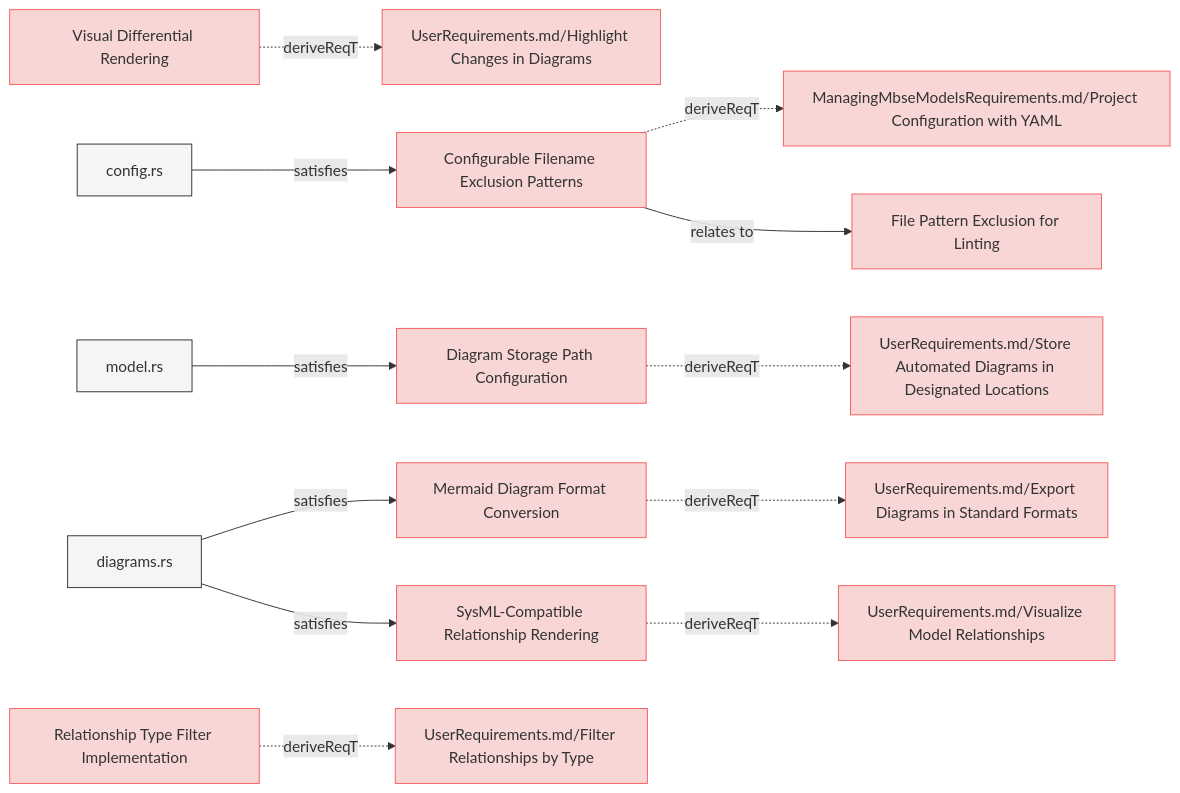
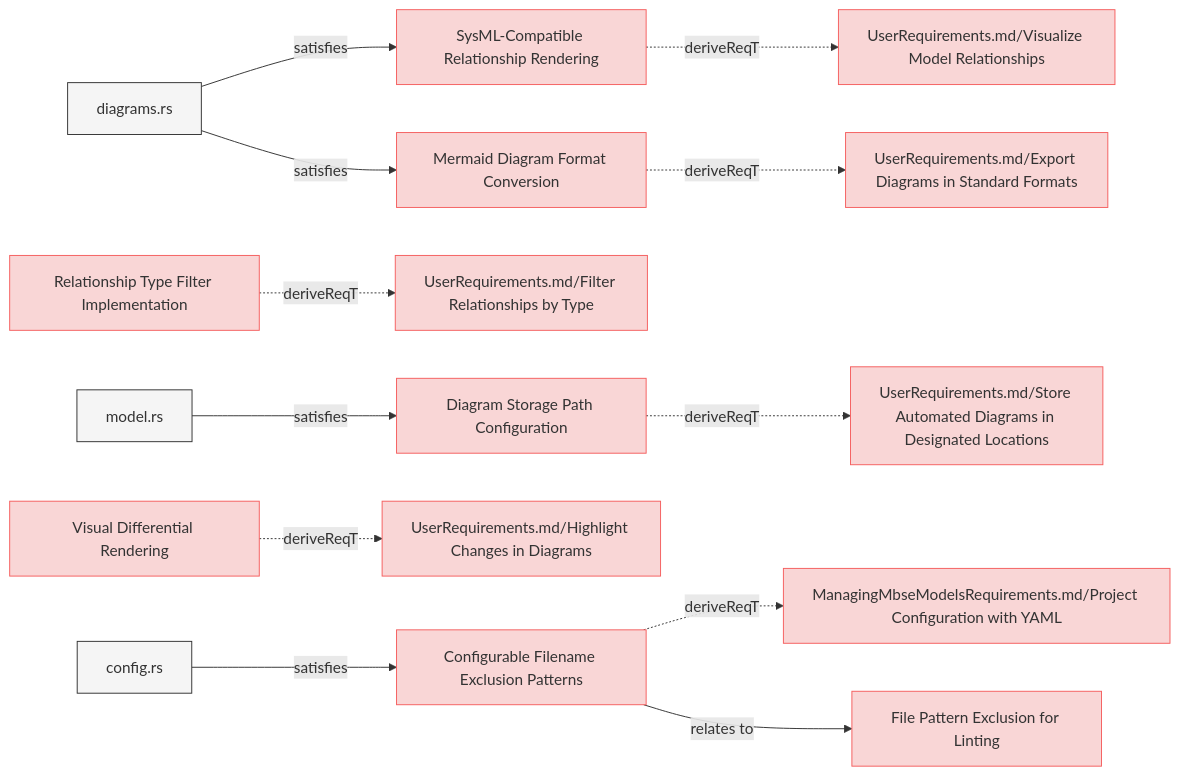
One commit to reqvire-org/reqvire changed the fifth of 8 diagrams in specifications/SystemRequirements/Requirements.md. Above: the diagram before and after it, drawn with Mermaid. The commit also changed other lines of this file and 7 other files, not shown here.

Commit message:
Updated diagrams.

````diff
--- a/specifications/SystemRequirements/Requirements.md
+++ b/specifications/SystemRequirements/Requirements.md
@@ -569,68 +569,68 @@
 ```mermaid
 graph LR;
   %% Graph styling
   classDef requirement fill:#f9d6d6,stroke:#f55f5f,stroke-width:1px;
   classDef verification fill:#d6f9d6,stroke:#5fd75f,stroke-width:1px;
   classDef externalLink fill:#d0e0ff,stroke:#3080ff,stroke-width:1px;
   classDef default fill:#f5f5f5,stroke:#333333,stroke-width:1px;
 
+  c826c1ee7c["SysML-Compatible Relationship Rendering"];
+  click c826c1ee7c "Requirements.md#sysml-compatible-relationship-rendering";
+  class c826c1ee7c requirement;
+  a6a8362836["UserRequirements.md/Visualize Model Relationships"];
+  class a6a8362836 requirement;
+  click a6a8362836 "../UserRequirements.md#visualize-model-relationships";
+  c826c1ee7c -.->|deriveReqT| a6a8362836;
+  d4240e2969["diagrams.rs"];
+  class d4240e2969 default;
+  click d4240e2969 "../../core/src/diagrams.rs";
+  d4240e2969 -->|satisfies| c826c1ee7c;
+  1414e7f889["Relationship Type Filter Implementation"];
+  click 1414e7f889 "Requirements.md#relationship-type-filter-implementation";
+  class 1414e7f889 requirement;
+  30d97803eb["UserRequirements.md/Filter Relationships by Type"];
+  class 30d97803eb requirement;
+  click 30d97803eb "../UserRequirements.md#filter-relationships-by-type";
+  1414e7f889 -.->|deriveReqT| 30d97803eb;
+  191d27287e["Diagram Storage Path Configuration"];
+  click 191d27287e "Requirements.md#diagram-storage-path-configuration";
+  class 191d27287e requirement;
+  aee397f35b["UserRequirements.md/Store Automated Diagrams in Designated Locations"];
+  class aee397f35b requirement;
+  click aee397f35b "../UserRequirements.md#store-automated-diagrams-in-designated-locations";
+  191d27287e -.->|deriveReqT| aee397f35b;
+  6136c216c9["model.rs"];
+  class 6136c216c9 default;
+  click 6136c216c9 "../../core/src/model.rs";
+  6136c216c9 -->|satisfies| 191d27287e;
+  a7ec66314a["Mermaid Diagram Format Conversion"];
+  click a7ec66314a "Requirements.md#mermaid-diagram-format-conversion";
+  class a7ec66314a requirement;
+  10c00a1bd1["UserRequirements.md/Export Diagrams in Standard Formats"];
+  class 10c00a1bd1 requirement;
+  click 10c00a1bd1 "../UserRequirements.md#export-diagrams-in-standard-formats";
+  a7ec66314a -.->|deriveReqT| 10c00a1bd1;
+  d4240e2969 -->|satisfies| a7ec66314a;
   9860815d52["Visual Differential Rendering"];
   click 9860815d52 "Requirements.md#visual-differential-rendering";
   class 9860815d52 requirement;
   fd7388e379["UserRequirements.md/Highlight Changes in Diagrams"];
   class fd7388e379 requirement;
   click fd7388e379 "../UserRequirements.md#highlight-changes-in-diagrams";
   9860815d52 -.->|deriveReqT| fd7388e379;
   cc8128cae3["Configurable Filename Exclusion Patterns"];
   click cc8128cae3 "Requirements.md#configurable-filename-exclusion-patterns";
   class cc8128cae3 requirement;
   ce24dbacb9["ManagingMbseModelsRequirements.md/Project Configuration with YAML"];
   class ce24dbacb9 requirement;
   click ce24dbacb9 "../ManagingMbseModelsRequirements.md#project-configuration-with-yaml";
   cc8128cae3 -.->|deriveReqT| ce24dbacb9;
   c87fb8d32a["config.rs"];
   class c87fb8d32a default;
   click c87fb8d32a "../../cli/src/config.rs";
   c87fb8d32a -->|satisfies| cc8128cae3;
   45770e9b31["File Pattern Exclusion for Linting"];
   class 45770e9b31 requirement;
   click 45770e9b31 "Requirements.md#file-pattern-exclusion-for-linting";
   cc8128cae3 -->|relates to| 45770e9b31;
-  191d27287e["Diagram Storage Path Configuration"];
-  click 191d27287e "Requirements.md#diagram-storage-path-configuration";
-  class 191d27287e requirement;
-  aee397f35b["UserRequirements.md/Store Automated Diagrams in Designated Locations"];
-  class aee397f35b requirement;
-  click aee397f35b "../UserRequirements.md#store-automated-diagrams-in-designated-locations";
-  191d27287e -.->|deriveReqT| aee397f35b;
-  6136c216c9["model.rs"];
-  class 6136c216c9 default;
-  click 6136c216c9 "../../core/src/model.rs";
-  6136c216c9 -->|satisfies| 191d27287e;
-  a7ec66314a["Mermaid Diagram Format Conversion"];
-  click a7ec66314a "Requirements.md#mermaid-diagram-format-conversion";
-  class a7ec66314a requirement;
-  10c00a1bd1["UserRequirements.md/Export Diagrams in Standard Formats"];
-  class 10c00a1bd1 requirement;
-  click 10c00a1bd1 "../UserRequirements.md#export-diagrams-in-standard-formats";
-  a7ec66314a -.->|deriveReqT| 10c00a1bd1;
-  d4240e2969["diagrams.rs"];
-  class d4240e2969 default;
-  click d4240e2969 "../../core/src/diagrams.rs";
-  d4240e2969 -->|satisfies| a7ec66314a;
-  1414e7f889["Relationship Type Filter Implementation"];
-  click 1414e7f889 "Requirements.md#relationship-type-filter-implementation";
-  class 1414e7f889 requirement;
-  30d97803eb["UserRequirements.md/Filter Relationships by Type"];
-  class 30d97803eb requirement;
-  click 30d97803eb "../UserRequirements.md#filter-relationships-by-type";
-  1414e7f889 -.->|deriveReqT| 30d97803eb;
-  c826c1ee7c["SysML-Compatible Relationship Rendering"];
-  click c826c1ee7c "Requirements.md#sysml-compatible-relationship-rendering";
-  class c826c1ee7c requirement;
-  a6a8362836["UserRequirements.md/Visualize Model Relationships"];
-  class a6a8362836 requirement;
-  click a6a8362836 "../UserRequirements.md#visualize-model-relationships";
-  c826c1ee7c -.->|deriveReqT| a6a8362836;
-  d4240e2969 -->|satisfies| c826c1ee7c;
 ```
````
